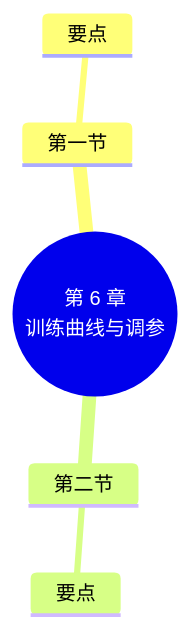
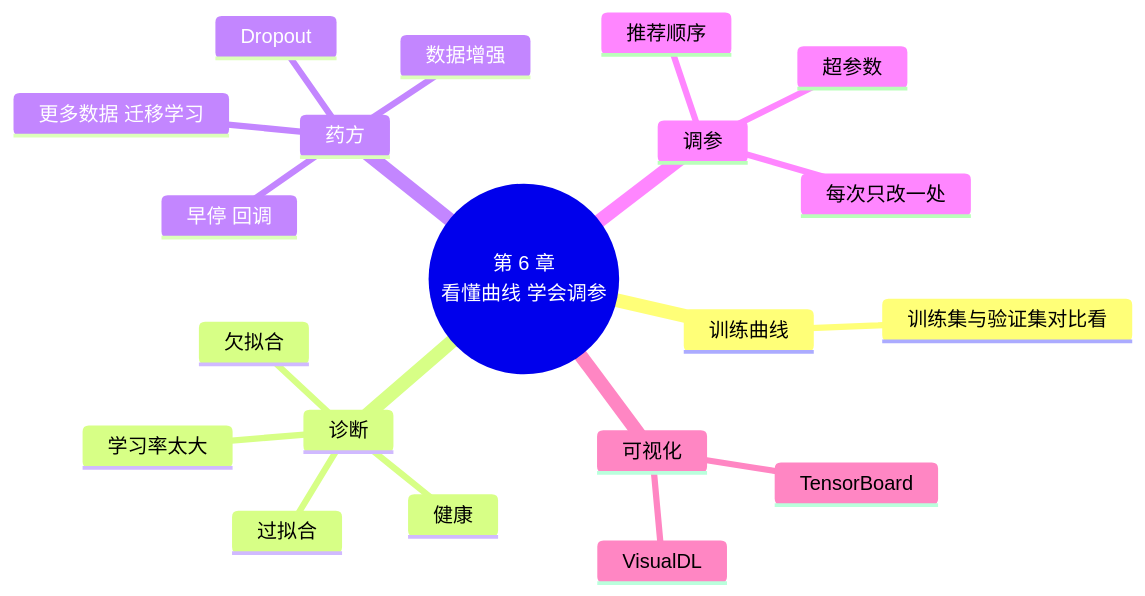
The diagram in docs/chapters/06-tuning/index.md (MingziFu9/ai-frameworks), drawn with Mermaid before and after one commit. The commit also changed other lines of this file and 70 other files, not shown here.

````diff
--- a/docs/chapters/06-tuning/index.md
+++ b/docs/chapters/06-tuning/index.md
@@ -185,8 +559,23 @@
 ```mermaid
 mindmap
-  root((第 6 章<br/>训练曲线与调参))
-    第一节
-      要点
-    第二节
-      要点
+  root((第 6 章<br/>看懂曲线 学会调参))
+    训练曲线
+      训练集与验证集对比看
+    诊断
+      欠拟合
+      过拟合
+      学习率太大
+      健康
+    药方
+      早停 回调
+      数据增强
+      Dropout
+      更多数据 迁移学习
+    调参
+      超参数
+      推荐顺序
+      每次只改一处
+    可视化
+      TensorBoard
+      VisualDL
 ```
````
